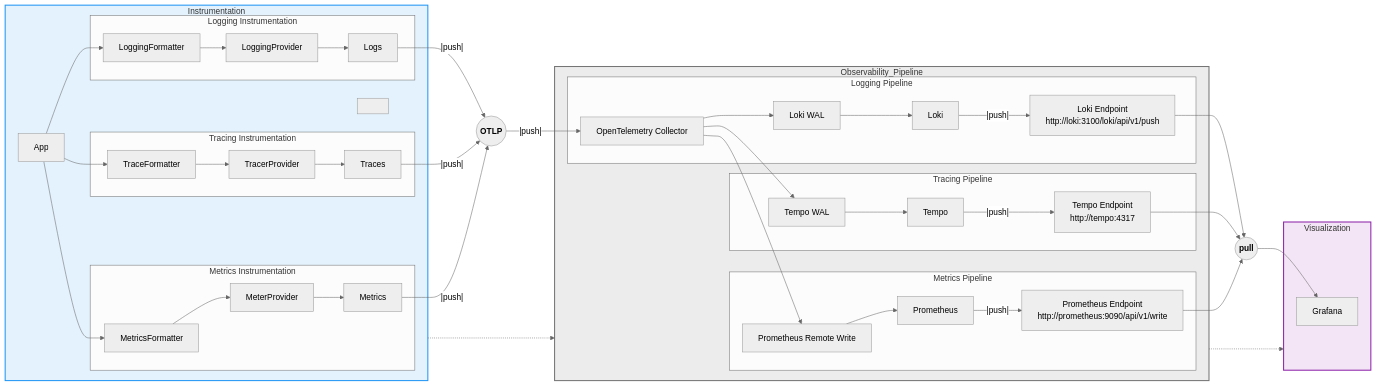
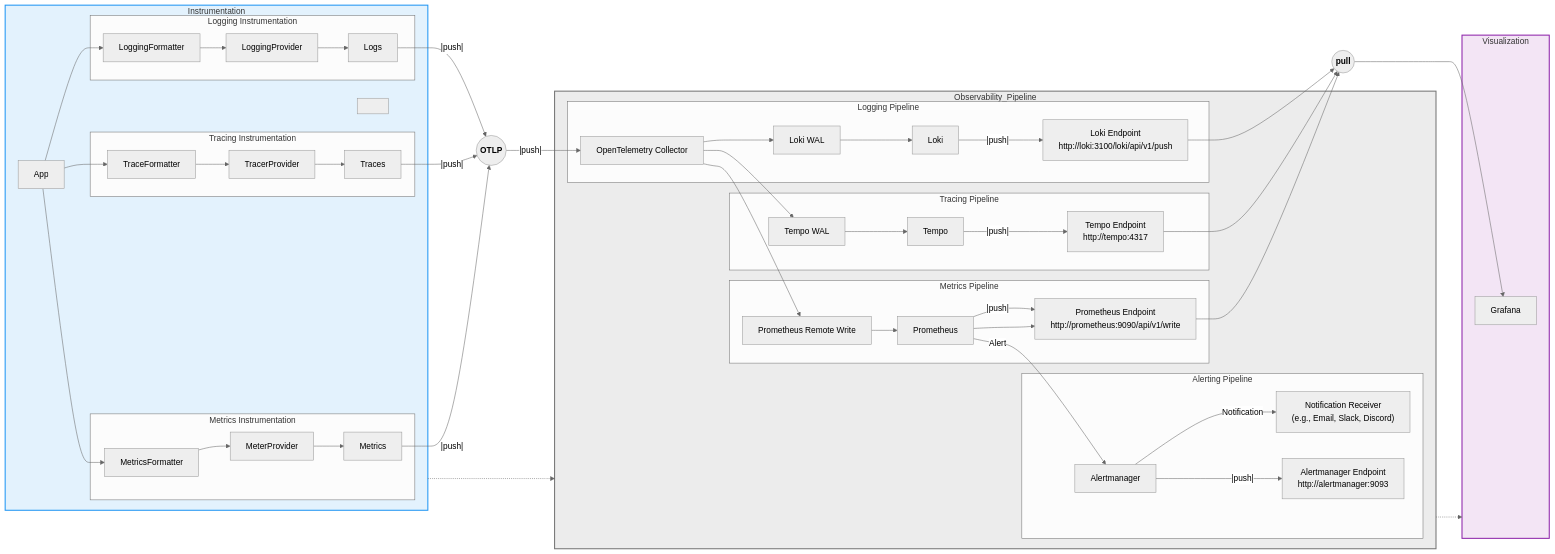
The first of 2 diagrams in observability/docs/observability.md (vyavasthita/oaas), drawn with Mermaid (neutral theme) before and after one commit. The commit also changed other lines of this file and 10 other files, not shown here.

Commit message:
Add alert manager and alerting

````diff
--- a/observability/docs/observability.md
+++ b/observability/docs/observability.md
@@ -119,8 +118,6 @@
             end
         end
 
-
- 
         subgraph Observability_Pipeline
             subgraph "Logging Pipeline"
                 collector["OpenTelemetry Collector"]
@@ -137,6 +134,11 @@
                 prom_remote_write["Prometheus Remote Write"]
                 prom["Prometheus"]
                 prom_endpoint["Prometheus Endpoint\nhttp://prometheus:9090/api/v1/write"]
+            end
+            subgraph "Alerting Pipeline"
+                alertmanager["Alertmanager"]
+                notification_receiver["Notification Receiver\n(e.g., Email, Slack, Discord)"]
+                alertmanager_endpoint["Alertmanager Endpoint\nhttp://alertmanager:9093"]
             end
         end
 
@@ -173,4 +175,9 @@
     tempo_endpoint --> pull_merge
     prom_endpoint --> pull_merge
     pull_merge(("<b>pull</b>")) --> grafana
+
+    %% Alerting flow
+    prom -- Alert --> alertmanager -- Notification --> notification_receiver
+    prom --> prom_endpoint
+    alertmanager --|push|--> alertmanager_endpoint
 ```
````
